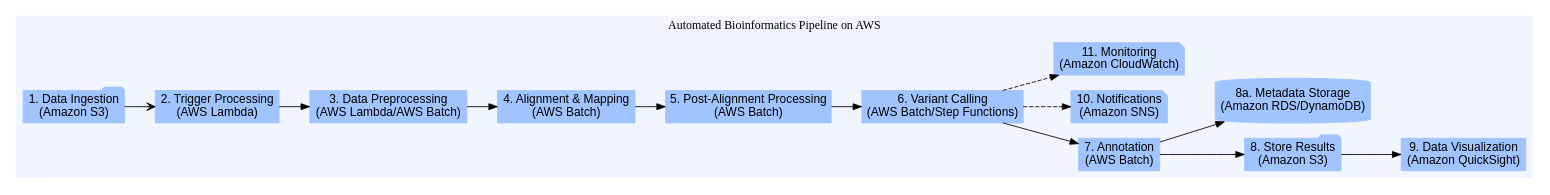
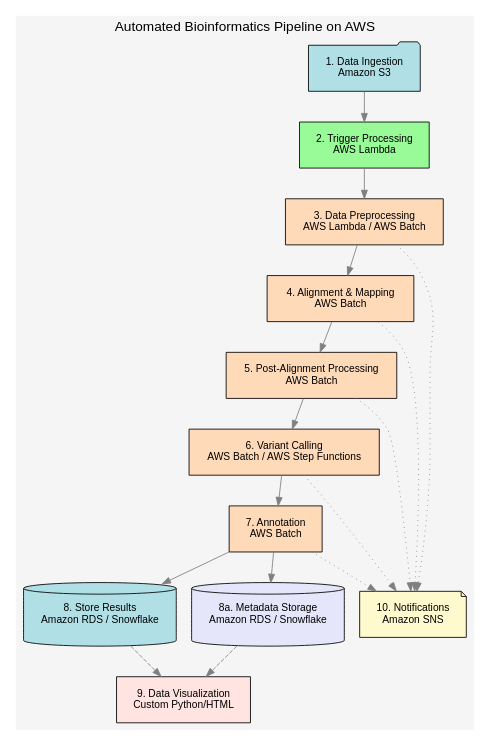
One commit to jdrubin91/jdrubin91.github.io changed the diagram in images/pipeline.dot. Above: the diagram before and after it, drawn with Graphviz. The commit also changed 2 other files, not shown here.

Commit message:
with bioinformatic pipeline

```diff
--- a/images/pipeline.dot
+++ b/images/pipeline.dot
@@ -1,35 +1,52 @@
 digraph BioinformaticsPipeline {
-    rankdir=LR;
-    node [shape=rectangle, style=filled, color="#A0C4FF", fontname="Arial"];
-
+    // Set layout direction from Top to Bottom
+    rankdir=TB;
+    // Set global node style
+    node [shape=rectangle, style=filled, fontname="Helvetica", fontsize=12, margin=0.2];
+    // Set global edge style
+    edge [color="#7F7F7F"];
+    
+    // Cluster to group the pipeline
     subgraph cluster0 {
         label="Automated Bioinformatics Pipeline on AWS";
         style=filled;
-        color="#F1F5FD";
-
-        S3Input [label="1. Data Ingestion\n(Amazon S3)", shape=folder];
-        LambdaTrigger [label="2. Trigger Processing\n(AWS Lambda)"];
-        Preprocessing [label="3. Data Preprocessing\n(AWS Lambda/AWS Batch)"];
-        Alignment [label="4. Alignment & Mapping\n(AWS Batch)"];
-        PostProcessing [label="5. Post-Alignment Processing\n(AWS Batch)"];
-        VariantCalling [label="6. Variant Calling\n(AWS Batch/Step Functions)"];
-        Annotation [label="7. Annotation\n(AWS Batch)"];
-        S3Output [label="8. Store Results\n(Amazon S3)", shape=folder];
-        Database [label="8a. Metadata Storage\n(Amazon RDS/DynamoDB)", shape=cylinder];
-        Visualization [label="9. Data Visualization\n(Amazon QuickSight)"];
-        Notifications [label="10. Notifications\n(Amazon SNS)", shape=note];
-        Monitoring [label="11. Monitoring\n(Amazon CloudWatch)", shape=note];
+        color="#F5F5F5";
+        fontname="Helvetica";
+        fontsize=16;
+        labelloc="t";
+    
+        // Define nodes with soft, muted colors
+        S3Input [label="1. Data Ingestion\nAmazon S3", shape=folder, fillcolor="#B0E0E6"]; // Powder Blue
+        LambdaTrigger [label="2. Trigger Processing\nAWS Lambda", fillcolor="#98FB98"]; // Pale Green
+        Preprocessing [label="3. Data Preprocessing\nAWS Lambda / AWS Batch", fillcolor="#FFDAB9"]; // Peach Puff
+        Alignment [label="4. Alignment & Mapping\nAWS Batch", fillcolor="#FFDAB9"];
+        PostProcessing [label="5. Post-Alignment Processing\nAWS Batch", fillcolor="#FFDAB9"];
+        VariantCalling [label="6. Variant Calling\nAWS Batch / AWS Step Functions", fillcolor="#FFDAB9"];
+        Annotation [label="7. Annotation\nAWS Batch", fillcolor="#FFDAB9"];
+        S3Output [label="8. Store Results\nAmazon RDS / Snowflake", shape=cylinder, fillcolor="#B0E0E6"];
+        Database [label="8a. Metadata Storage\nAmazon RDS / Snowflake", shape=cylinder, fillcolor="#E6E6FA"]; // Lavender
+        Visualization [label="9. Data Visualization\nCustom Python/HTML", fillcolor="#FFE4E1"]; // Misty Rose
+        Notifications [label="10. Notifications\nAmazon SNS", shape=note, fillcolor="#FFFACD"]; // Lemon Chiffon
     }
-
-    S3Input -> LambdaTrigger [arrowhead=vee];
+    
+    // Define edges
+    S3Input -> LambdaTrigger;
     LambdaTrigger -> Preprocessing;
     Preprocessing -> Alignment;
     Alignment -> PostProcessing;
     PostProcessing -> VariantCalling;
     VariantCalling -> Annotation;
     Annotation -> S3Output;
     Annotation -> Database;
-    S3Output -> Visualization;
-    VariantCalling -> Notifications [style=dashed];
-    VariantCalling -> Monitoring [style=dashed];
+
+    // Branch to Visualization
+    S3Output -> Visualization [style=dashed];
+    Database -> Visualization [style=dashed];
+
+    // Notifications and Monitoring
+    Annotation -> Notifications [style=dotted];
+    VariantCalling -> Notifications [style=dotted];
+    Preprocessing -> Notifications [style=dotted];
+    Alignment -> Notifications [style=dotted];
+    PostProcessing -> Notifications [style=dotted];
 }
```
